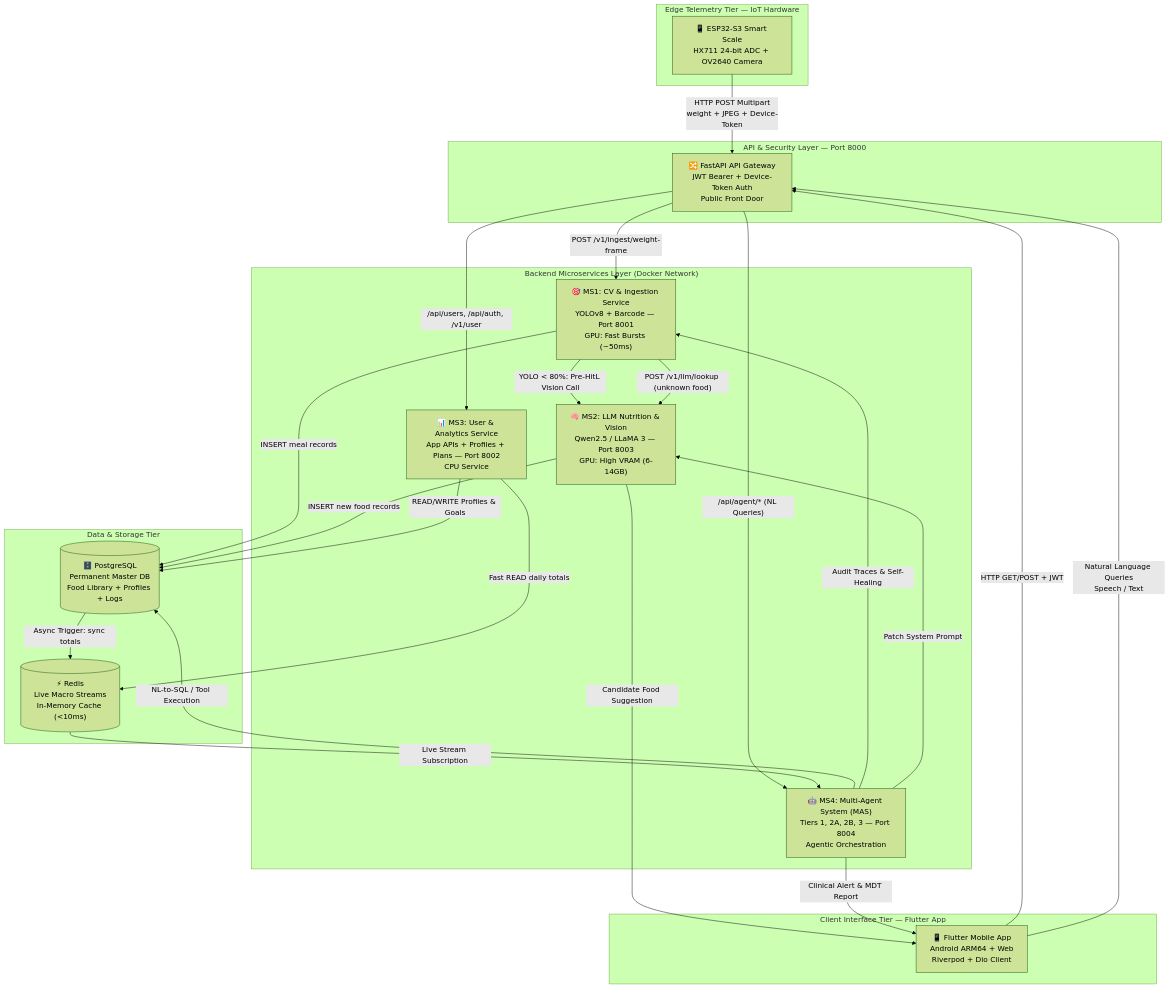
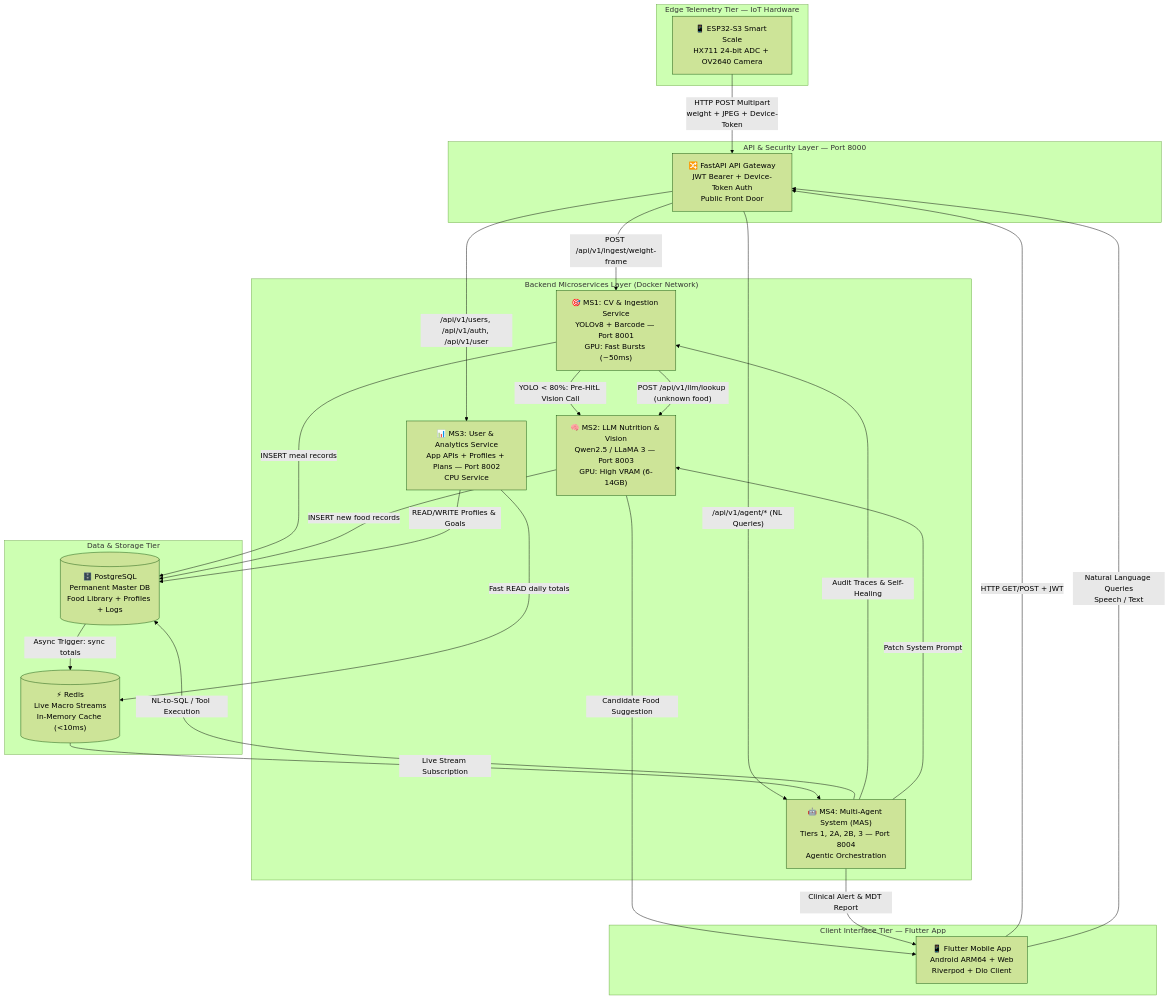
The first of 11 diagrams in docs/MASTER_ARCHITECTURE.md (NutriX-Intelligence/NutriX-Platform), drawn with Mermaid (forest theme) before and after one commit. The commit also changed other lines of this file and 20 other files, not shown here.

````diff
--- a/docs/MASTER_ARCHITECTURE.md
+++ b/docs/MASTER_ARCHITECTURE.md
@@ -20,49 +20,49 @@
 ```mermaid
 flowchart TB
     subgraph EDGE["Edge Telemetry Tier — IoT Hardware"]
         ESP["📱 ESP32-S3 Smart Scale\nHX711 24-bit ADC + OV2640 Camera"]
     end
 
     subgraph CLIENT["Client Interface Tier — Flutter App"]
         APP["📱 Flutter Mobile App\nAndroid ARM64 + Web\nRiverpod + Dio Client"]
     end
 
     subgraph GATEWAY["API & Security Layer — Port 8000"]
         GW["🔀 FastAPI API Gateway\nJWT Bearer + Device-Token Auth\nPublic Front Door"]
     end
 
     subgraph MICROSERVICES["Backend Microservices Layer (Docker Network)"]
         MS1["🎯 MS1: CV & Ingestion Service\nYOLOv8 + Barcode — Port 8001\nGPU: Fast Bursts (~50ms)"]
         MS2["🧠 MS2: LLM Nutrition & Vision\nQwen2.5 / LLaMA 3 — Port 8003\nGPU: High VRAM (6-14GB)"]
         MS3["📊 MS3: User & Analytics Service\nApp APIs + Profiles + Plans — Port 8002\nCPU Service"]
         MS4["🤖 MS4: Multi-Agent System (MAS)\nTiers 1, 2A, 2B, 3 — Port 8004\nAgentic Orchestration"]
     end
 
     subgraph DATA["Data & Storage Tier"]
         PG[("🗄️ PostgreSQL\nPermanent Master DB\nFood Library + Profiles + Logs")]
         RD[("⚡ Redis\nLive Macro Streams\nIn-Memory Cache (<10ms)")]
     end
 
     ESP -->|"HTTP POST Multipart\nweight + JPEG + Device-Token"| GW
     APP -->|"HTTP GET/POST + JWT"| GW
     APP -->|"Natural Language Queries\nSpeech / Text"| GW
 
-    GW -->|"POST /v1/ingest/weight-frame"| MS1
-    GW -->|"/api/users, /api/auth, /v1/user"| MS3
-    GW -->|"/api/agent/* (NL Queries)"| MS4
+    GW -->|"POST /api/v1/ingest/weight-frame"| MS1
+    GW -->|"/api/v1/users, /api/v1/auth, /api/v1/user"| MS3
+    GW -->|"/api/v1/agent/* (NL Queries)"| MS4
 
     MS1 -->|"YOLO < 80%: Pre-HitL Vision Call"| MS2
     MS2 -->|"Candidate Food Suggestion"| APP
-    MS1 -->|"POST /v1/llm/lookup (unknown food)"| MS2
+    MS1 -->|"POST /api/v1/llm/lookup (unknown food)"| MS2
     MS1 -->|"INSERT meal records"| PG
     MS2 -->|"INSERT new food records"| PG
     MS3 -->|"READ/WRITE Profiles & Goals"| PG
     PG -->|"Async Trigger: sync totals"| RD
     MS3 -->|"Fast READ daily totals"| RD
 
     RD -->|"Live Stream Subscription"| MS4
     MS4 -->|"NL-to-SQL / Tool Execution"| PG
     MS4 -->|"Clinical Alert & MDT Report"| APP
     MS4 -->|"Audit Traces & Self-Healing"| MS1
     MS4 -->|"Patch System Prompt"| MS2
 ```
````
